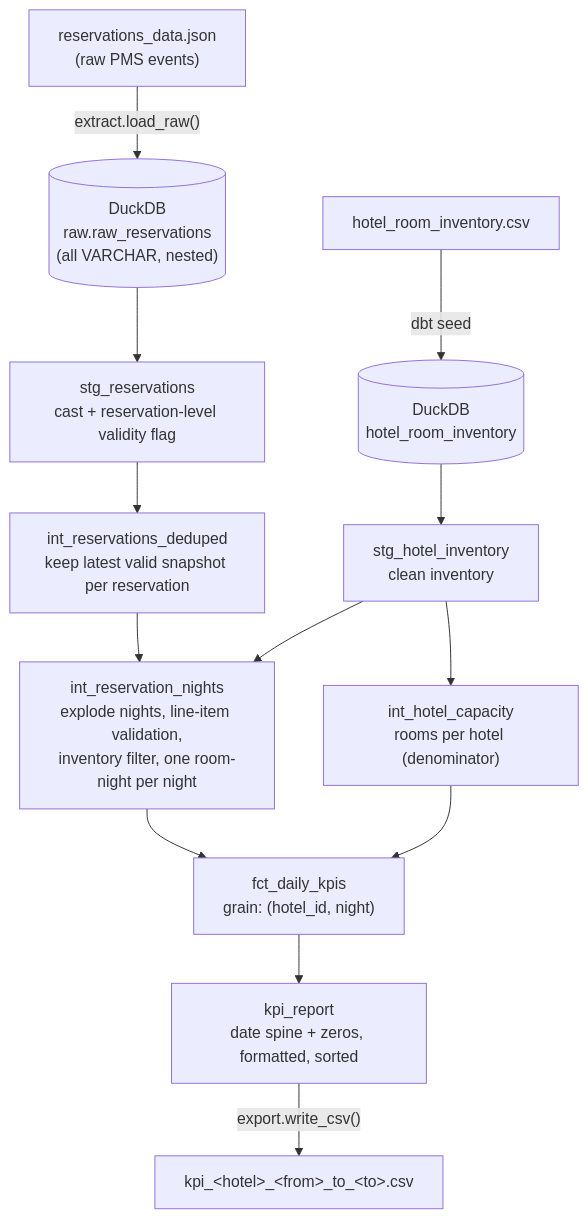
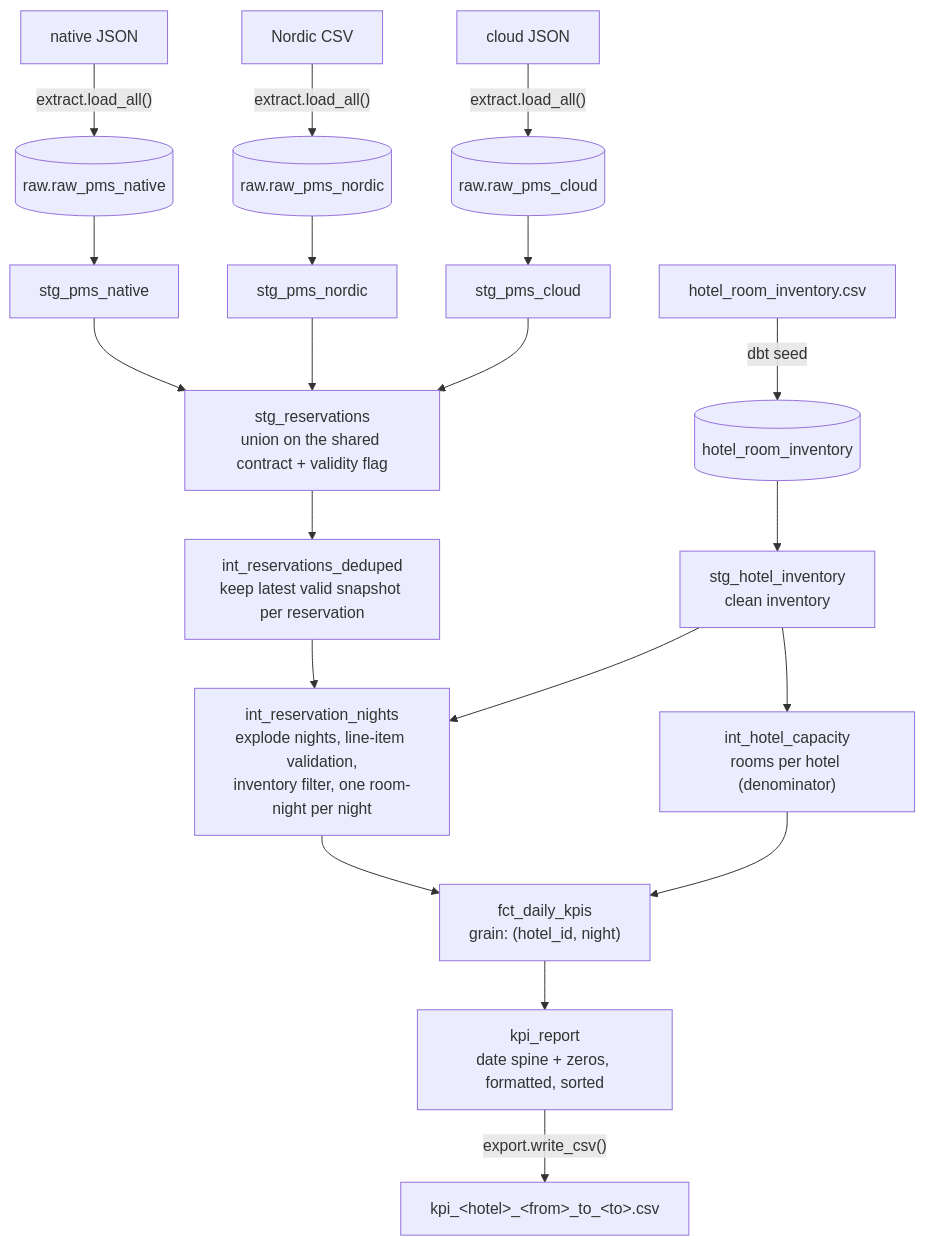
Before and after one commit to prasadus92/hotel-kpi-elt-pipeline: the diagram in docs/ARCHITECTURE.md, drawn with Mermaid. The commit also changed other lines of this file and 8 other files, not shown here.

````diff
--- a/docs/ARCHITECTURE.md
+++ b/docs/ARCHITECTURE.md
@@ -25,22 +32,31 @@
 ```mermaid
 flowchart TD
-    J["reservations_data.json<br/>(raw PMS events)"]
+    J["native JSON"]
+    N["Nordic CSV"]
+    C["cloud JSON"]
     I["hotel_room_inventory.csv"]
 
-    J -->|"extract.load_raw()"| RAW[("DuckDB<br/>raw.raw_reservations<br/>(all VARCHAR, nested)")]
-    I -->|"dbt seed"| SEED[("DuckDB<br/>hotel_room_inventory")]
+    J -->|"extract.load_all()"| RA[("raw.raw_pms_native")]
+    N -->|"extract.load_all()"| RB[("raw.raw_pms_nordic")]
+    C -->|"extract.load_all()"| RC[("raw.raw_pms_cloud")]
+    I -->|"dbt seed"| SEED[("hotel_room_inventory")]
 
-    RAW --> S1["stg_reservations<br/>cast + reservation-level validity flag"]
+    RA --> A1["stg_pms_native"]
+    RB --> A2["stg_pms_nordic"]
+    RC --> A3["stg_pms_cloud"]
+    A1 --> S1["stg_reservations<br/>union on the shared contract + validity flag"]
+    A2 --> S1
+    A3 --> S1
     SEED --> S2["stg_hotel_inventory<br/>clean inventory"]
 
     S1 --> D1["int_reservations_deduped<br/>keep latest valid snapshot per reservation"]
     D1 --> D2["int_reservation_nights<br/>explode nights, line-item validation,<br/>inventory filter, one room-night per night"]
     S2 --> D2
     S2 --> D3["int_hotel_capacity<br/>rooms per hotel (denominator)"]
 
     D2 --> F["fct_daily_kpis<br/>grain: (hotel_id, night)"]
     D3 --> F
     F --> R["kpi_report<br/>date spine + zeros, formatted, sorted"]
 
     R -->|"export.write_csv()"| CSV["kpi_&lt;hotel&gt;_&lt;from&gt;_to_&lt;to&gt;.csv"]
 ```
````
